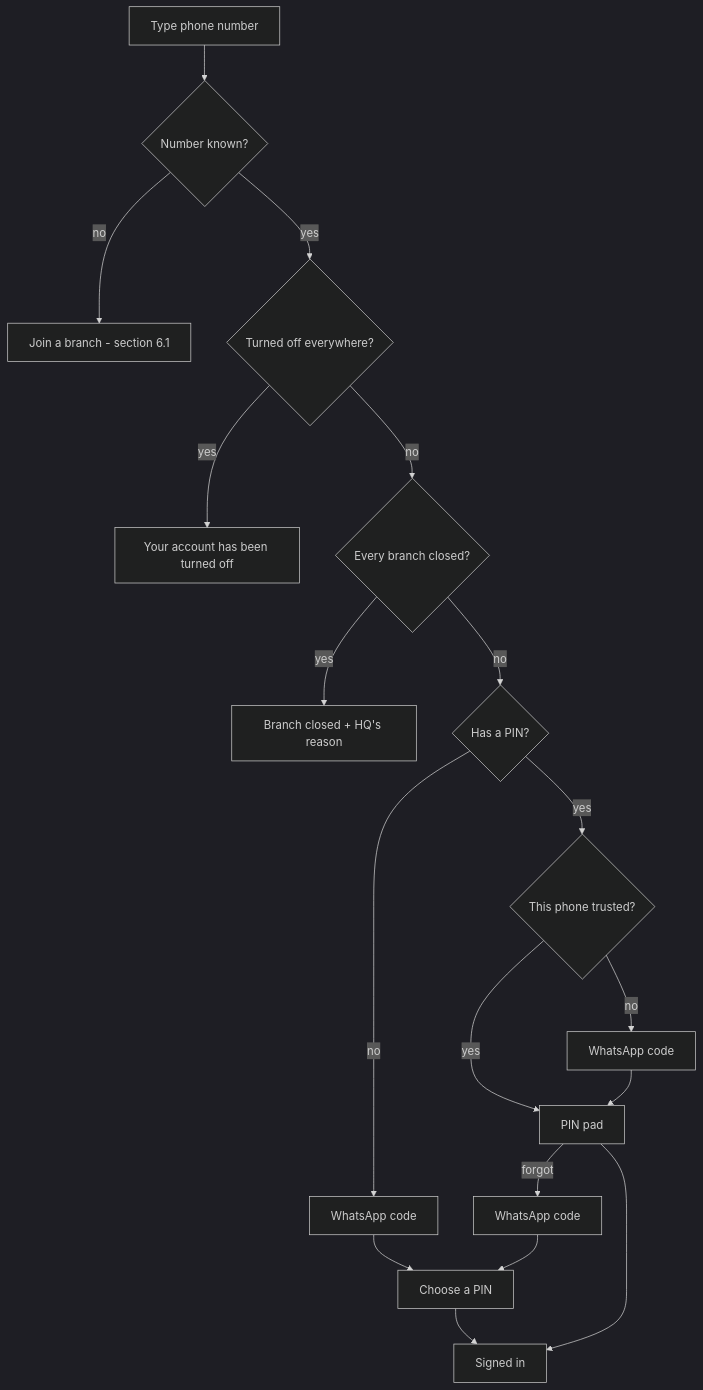
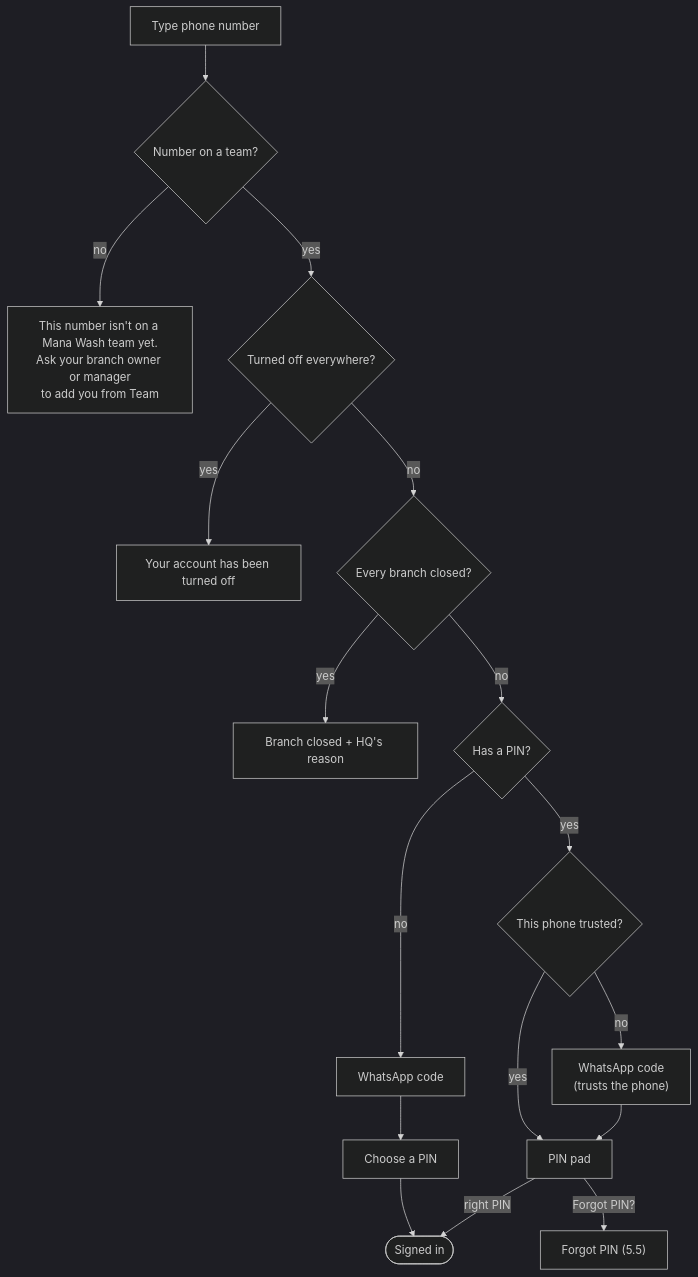
Before and after one commit to admin-sprixia/ManaWashManager: the seventh of 41 diagrams in docs/AUTHENTICATION.md, drawn with Mermaid (dark theme). The commit also changed other lines of this file and 122 other files, not shown here.

````diff
--- a/docs/AUTHENTICATION.md
+++ b/docs/AUTHENTICATION.md
@@ -147,15 +275,16 @@
 ```mermaid
 flowchart TD
-  A[Type phone number] --> B{Number known?}
-  B -- no --> J[Join a branch - section 6.1]
-  B -- yes --> C{Turned off everywhere?}
-  C -- yes --> X1[Your account has been turned off]
-  C -- no --> D{Every branch closed?}
-  D -- yes --> X2[Branch closed + HQ's reason]
-  D -- no --> E{Has a PIN?}
-  E -- no --> W1[WhatsApp code] --> P1[Choose a PIN] --> IN[Signed in]
-  E -- yes --> F{This phone trusted?}
-  F -- yes --> PIN[PIN pad] --> IN
-  F -- no --> W2[WhatsApp code] --> PIN
-  PIN -- forgot --> W3[WhatsApp code] --> P1
+  A["Type phone number"] --> B{"Number on a team?"}
+  B -- "no" --> J["This number isn't on a Mana Wash team yet.<br/>Ask your branch owner or manager<br/>to add you from Team"]
+  B -- "yes" --> C{"Turned off everywhere?"}
+  C -- "yes" --> X1["Your account has been turned off"]
+  C -- "no" --> D{"Every branch closed?"}
+  D -- "yes" --> X2["Branch closed + HQ's reason"]
+  D -- "no" --> E{"Has a PIN?"}
+  E -- "no" --> W1["WhatsApp code"] --> P1["Choose a PIN"] --> IN(["Signed in"])
+  E -- "yes" --> F{"This phone trusted?"}
+  F -- "yes" --> PIN["PIN pad"]
+  F -- "no" --> W2["WhatsApp code<br/>(trusts the phone)"] --> PIN
+  PIN -- "right PIN" --> IN
+  PIN -- "Forgot PIN?" --> FP["Forgot PIN (5.5)"]
 ```
````
